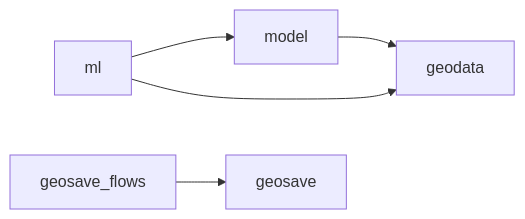
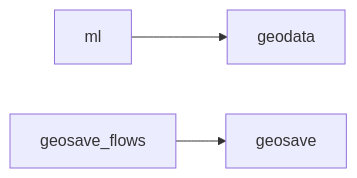
The diagram in docs/contributing/architecture.md (weedkat/geosave), drawn with Mermaid before and after one commit. The commit also changed other lines of this file and 389 other files, not shown here.

````diff
--- a/docs/contributing/architecture.md
+++ b/docs/contributing/architecture.md
@@ -23,7 +23,5 @@
 ```mermaid
 flowchart LR
-    ml --> model
-    model --> geodata
     ml --> geodata
     geosave_flows --> geosave
 ```
````
